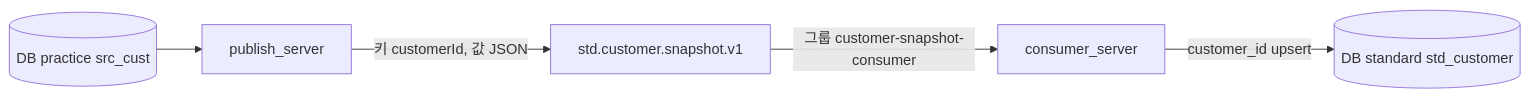
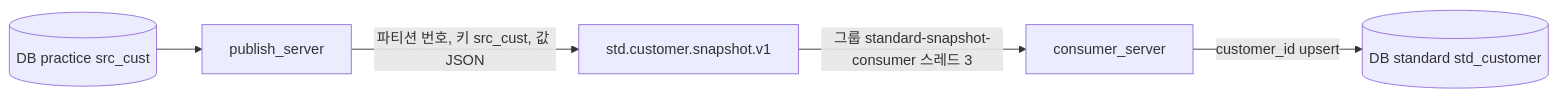
One commit to zustarttf/kafka_test changed the sixth of 6 diagrams in docs/kafka-basics.md. Above: the diagram before and after it, drawn with Mermaid. The commit also changed other lines of this file and 4 other files, not shown here.

````diff
--- a/docs/kafka-basics.md
+++ b/docs/kafka-basics.md
@@ -240,13 +236,13 @@
 ```mermaid
 flowchart LR
   db[(DB practice src_cust)]
   app[publish_server]
   topic[std.customer.snapshot.v1]
   sink[consumer_server]
   standard[(DB standard std_customer)]
 
   db --> app
-  app -->|키 customerId, 값 JSON| topic
-  topic -->|그룹 customer-snapshot-consumer| sink
+  app -->|파티션 번호, 키 src_cust, 값 JSON| topic
+  topic -->|그룹 standard-snapshot-consumer 스레드 3| sink
   sink -->|customer_id upsert| standard
 ```
````
